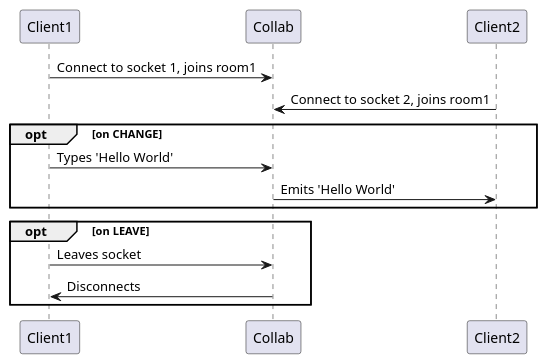
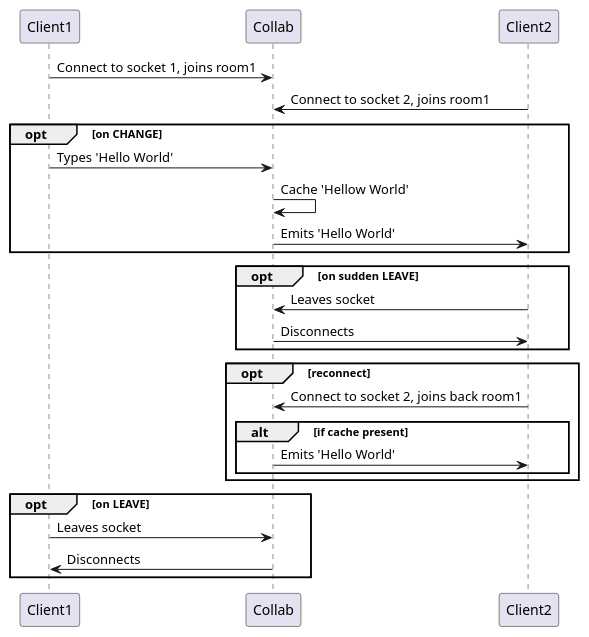
One commit to CS3219-AY2223S1/cs3219-project-ay2223s1-g59 changed the diagram in docs/sequence-diagrams/collab-service.puml. Above: the diagram before and after it, drawn with PlantUML.

Commit message:
Update collab uml with redis function

```diff
--- a/docs/sequence-diagrams/collab-service.puml
+++ b/docs/sequence-diagrams/collab-service.puml
@@ -1,12 +1,26 @@
 @startuml
 Client1 -> Collab: Connect to socket 1, joins room1
 Client2 -> Collab: Connect to socket 2, joins room1
 opt on CHANGE
     Client1 -> Collab: Types 'Hello World'
+    Collab -> Collab: Cache 'Hellow World'
     Collab -> Client2: Emits 'Hello World'
 end
+
+opt on sudden LEAVE
+    Client2 -> Collab: Leaves socket
+    Collab -> Client2: Disconnects
+end
+
+opt reconnect
+    Client2 -> Collab: Connect to socket 2, joins back room1
+    alt if cache present
+        Collab -> Client2: Emits 'Hello World'
+    end
+end
+
 opt on LEAVE
     Client1 -> Collab: Leaves socket
     Collab -> Client1: Disconnects
 end
 @enduml
```
